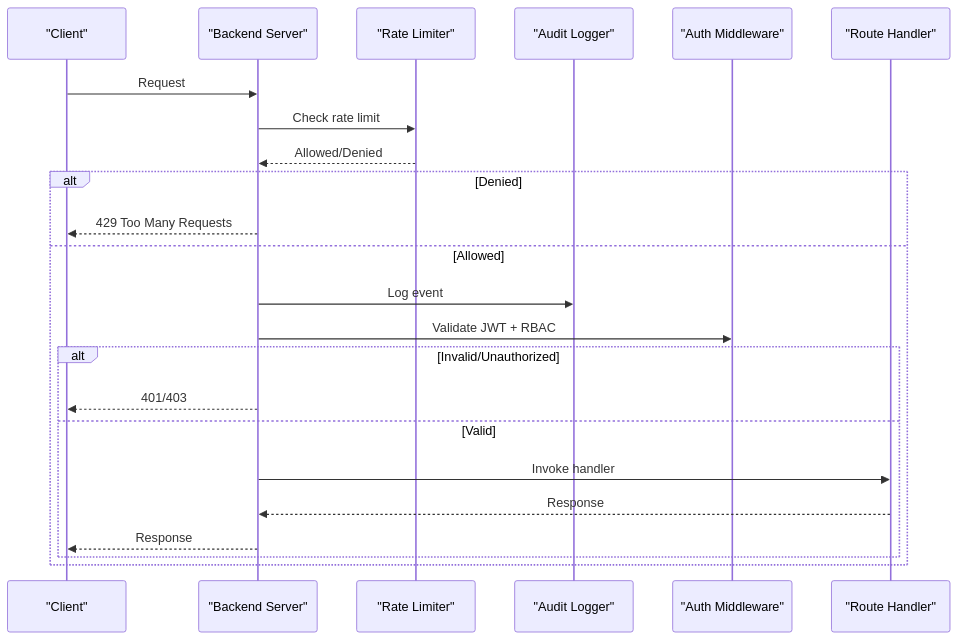
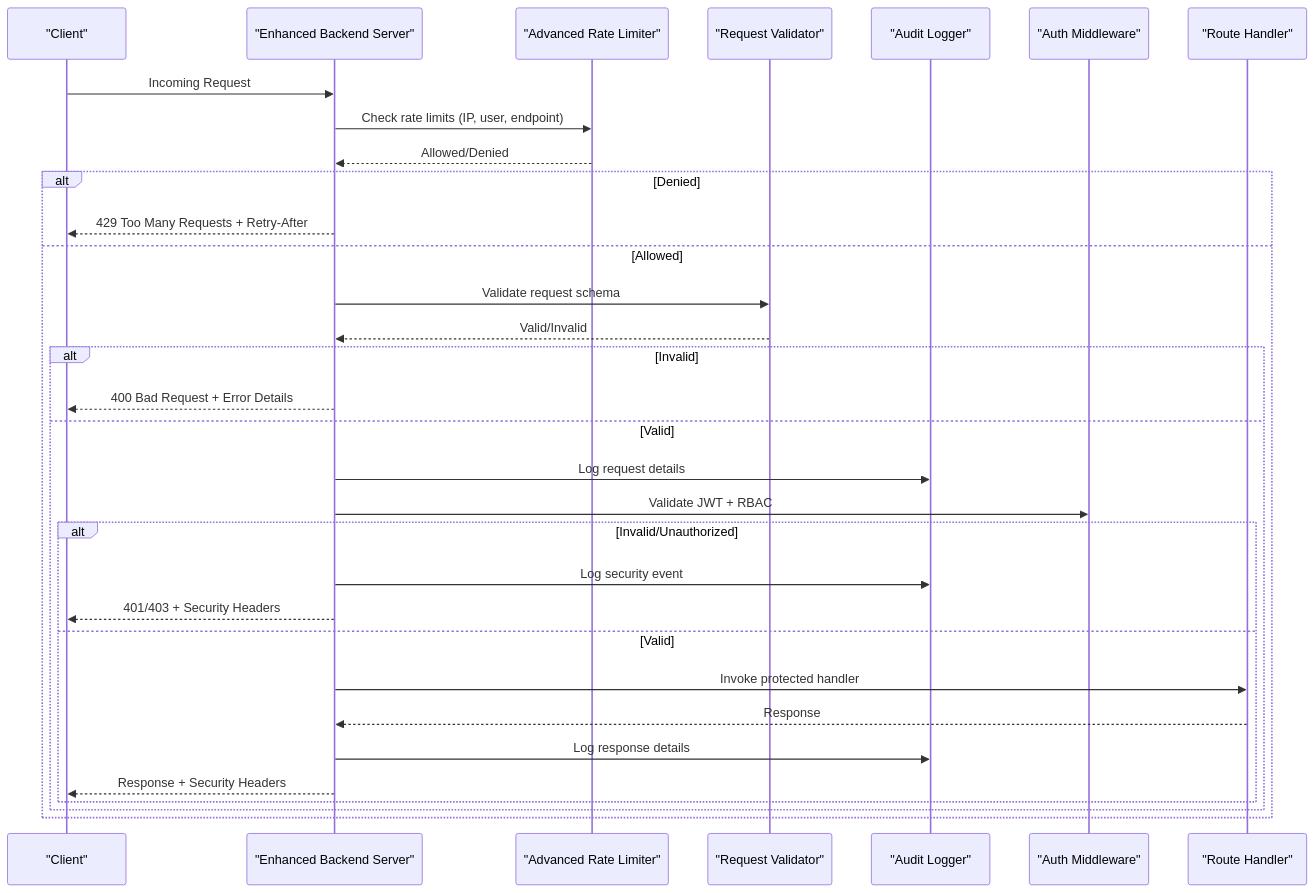
One commit to HassanAmeer/cheaprouter changed the fifth of 9 diagrams in .qoder/repowiki/en/content/Backend Architecture/Authentication & Authorization.md. Above: the diagram before and after it, drawn with Mermaid. The commit also changed other lines of this file and 54 other files, not shown here.

````diff
--- a/.qoder/repowiki/en/content/Backend Architecture/Authentication & Authorization.md
+++ b/.qoder/repowiki/en/content/Backend Architecture/Authentication & Authorization.md
@@ -215,25 +359,34 @@
 ```mermaid
 sequenceDiagram
 participant Client as "Client"
-participant Server as "Backend Server"
-participant Limiter as "Rate Limiter"
+participant Server as "Enhanced Backend Server"
+participant Limiter as "Advanced Rate Limiter"
+participant Validator as "Request Validator"
 participant Logger as "Audit Logger"
 participant Auth as "Auth Middleware"
 participant Handler as "Route Handler"
-Client->>Server : Request
-Server->>Limiter : Check rate limit
+Client->>Server : Incoming Request
+Server->>Limiter : Check rate limits (IP, user, endpoint)
 Limiter-->>Server : Allowed/Denied
 alt Denied
-Server-->>Client : 429 Too Many Requests
+Server-->>Client : 429 Too Many Requests + Retry-After
 else Allowed
-Server->>Logger : Log event
+Server->>Validator : Validate request schema
+Validator-->>Server : Valid/Invalid
+alt Invalid
+Server-->>Client : 400 Bad Request + Error Details
+else Valid
+Server->>Logger : Log request details
 Server->>Auth : Validate JWT + RBAC
 alt Invalid/Unauthorized
-Server-->>Client : 401/403
+Server->>Logger : Log security event
+Server-->>Client : 401/403 + Security Headers
 else Valid
-Server->>Handler : Invoke handler
+Server->>Handler : Invoke protected handler
 Handler-->>Server : Response
-Server-->>Client : Response
+Server->>Logger : Log response details
+Server-->>Client : Response + Security Headers
+end
 end
 end
 ```
````
